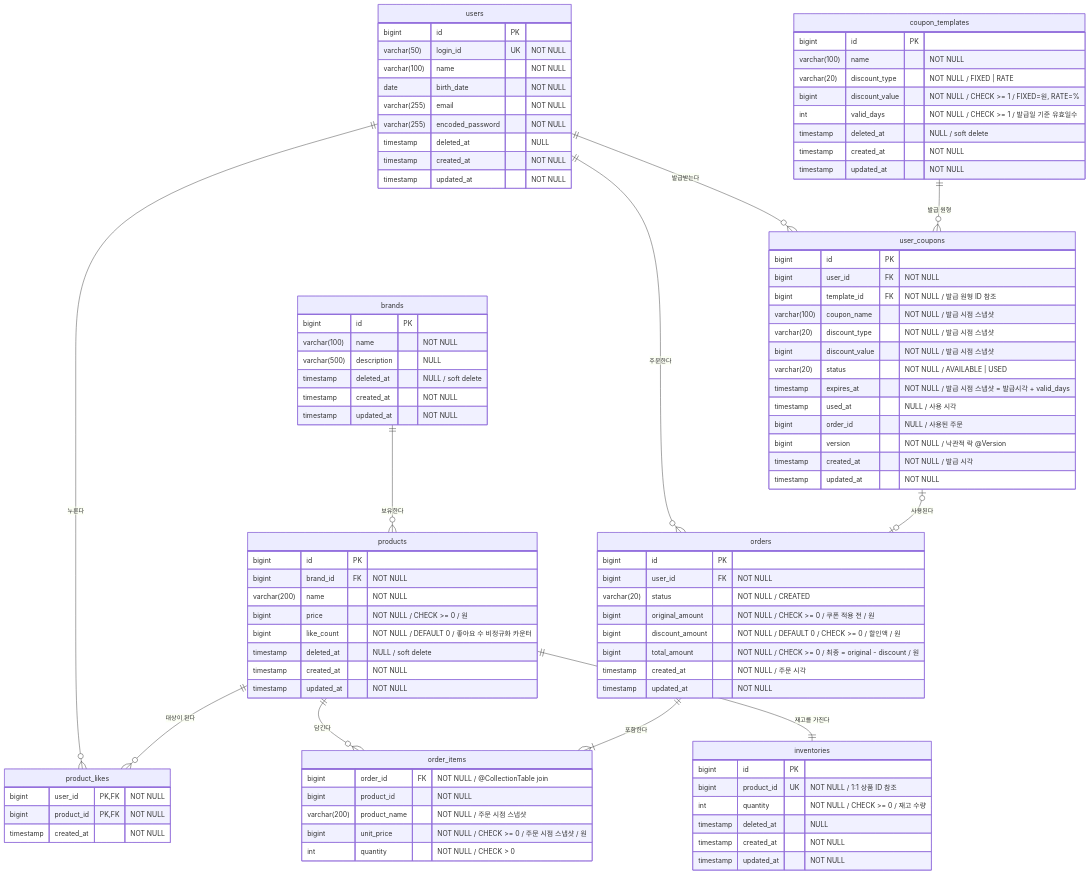
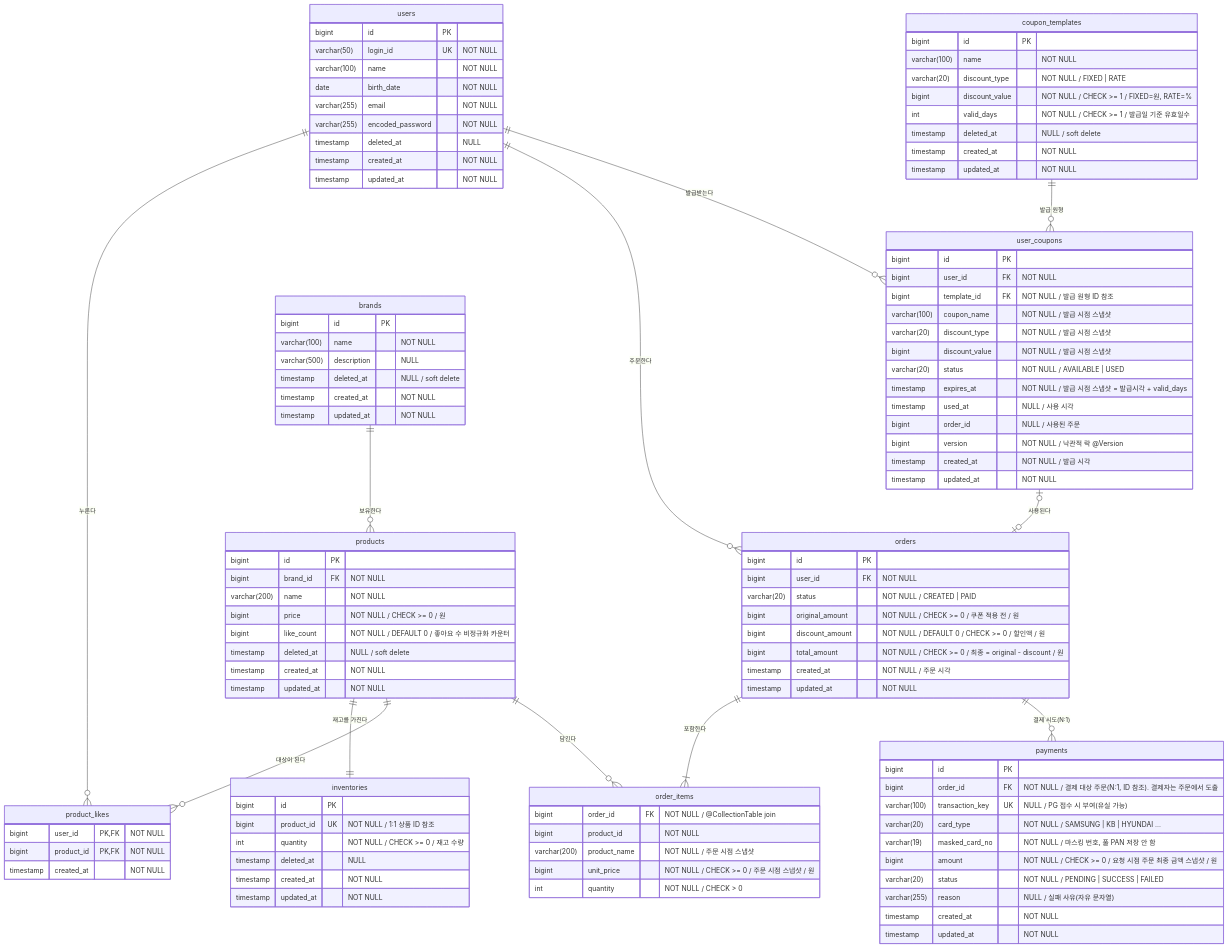
One commit to vvon11/loop-pack-be-l2-vol4-java changed the diagram in docs/week2/04-erd.md. Above: the diagram before and after it, drawn with Mermaid. The commit also changed other lines of this file and 3 other files, not shown here.

````diff
--- a/docs/week2/04-erd.md
+++ b/docs/week2/04-erd.md
@@ -14,6 +14,7 @@
     orders ||--|{ order_items : "포함한다"
     coupon_templates ||--o{ user_coupons : "발급 원형"
     user_coupons |o--o| orders : "사용된다"
+    orders ||--o{ payments : "결제 시도(N:1)"
 
     users {
         bigint id PK
@@ -65,7 +66,7 @@
     orders {
         bigint id PK
         bigint user_id FK "NOT NULL"
-        varchar(20) status "NOT NULL / CREATED"
+        varchar(20) status "NOT NULL / CREATED | PAID"
         bigint original_amount "NOT NULL / CHECK >= 0 / 쿠폰 적용 전 / 원"
         bigint discount_amount "NOT NULL / DEFAULT 0 / CHECK >= 0 / 할인액 / 원"
         bigint total_amount "NOT NULL / CHECK >= 0 / 최종 = original - discount / 원"
@@ -107,4 +108,17 @@
         timestamp created_at "NOT NULL / 발급 시각"
         timestamp updated_at "NOT NULL"
     }
+
+    payments {
+        bigint id PK
+        bigint order_id FK "NOT NULL / 결제 대상 주문(N:1, ID 참조). 결제자는 주문에서 도출"
+        varchar(100) transaction_key UK "NULL / PG 접수 시 부여(유실 가능)"
+        varchar(20) card_type "NOT NULL / SAMSUNG | KB | HYUNDAI ..."
+        varchar(19) masked_card_no "NOT NULL / 마스킹 번호, 풀 PAN 저장 안 함"
+        bigint amount "NOT NULL / CHECK >= 0 / 요청 시점 주문 최종 금액 스냅샷 / 원"
+        varchar(20) status "NOT NULL / PENDING | SUCCESS | FAILED"
+        varchar(255) reason "NULL / 실패 사유(자유 문자열)"
+        timestamp created_at "NOT NULL"
+        timestamp updated_at "NOT NULL"
+    }
 ```
````
